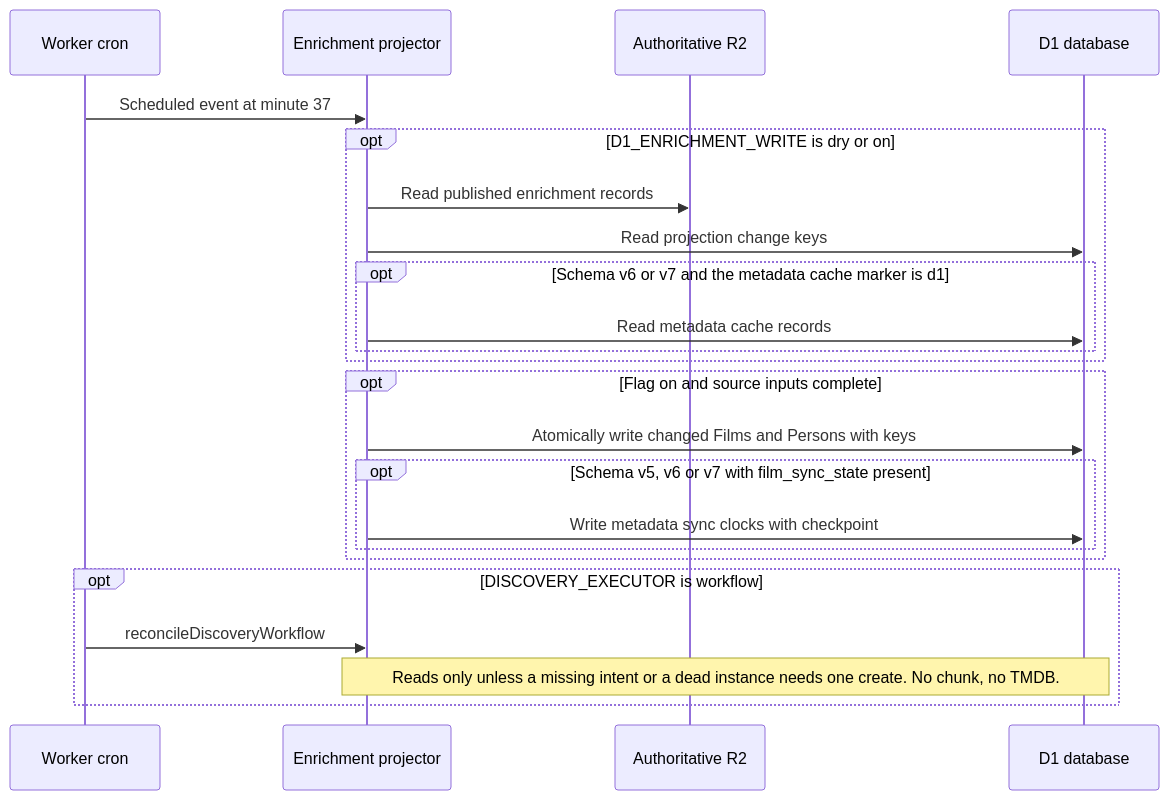
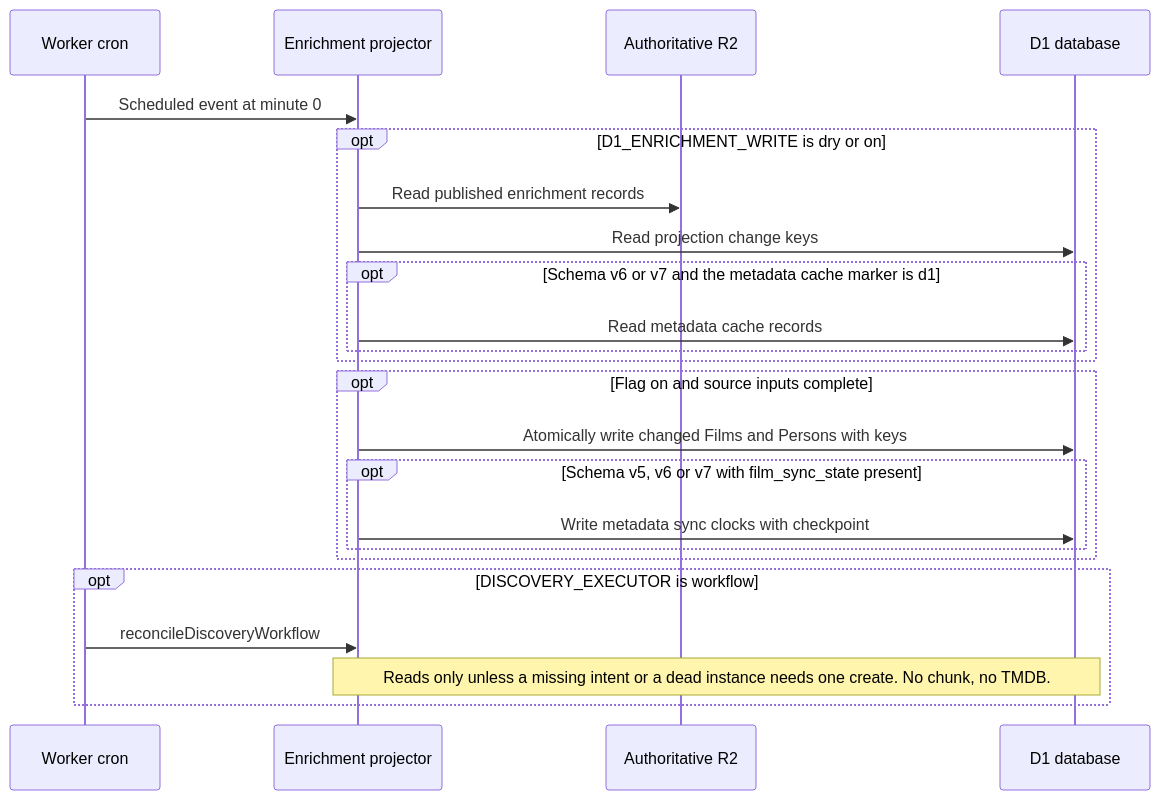
One commit to vladimino/iptv-watchlist changed the fourth of 8 diagrams in docs/architecture/scheduling-and-orchestration.md. Above: the diagram before and after it, drawn with Mermaid. The commit also changed other lines of this file and 8 other files, not shown here.

First line of the commit message:
AIR-348: move the single Worker cron to minute zero

````diff
--- a/docs/architecture/scheduling-and-orchestration.md
+++ b/docs/architecture/scheduling-and-orchestration.md
@@ -102,25 +102,25 @@
 ```mermaid
 sequenceDiagram
     participant Cron as Worker cron
     participant Worker as Enrichment projector
     participant R2 as Authoritative R2
     participant D1 as D1 database
-    Cron->>Worker: Scheduled event at minute 37
+    Cron->>Worker: Scheduled event at minute 0
     opt D1_ENRICHMENT_WRITE is dry or on
         Worker->>R2: Read published enrichment records
         Worker->>D1: Read projection change keys
         opt Schema v6 or v7 and the metadata cache marker is d1
             Worker->>D1: Read metadata cache records
         end
     end
     opt Flag on and source inputs complete
         Worker->>D1: Atomically write changed Films and Persons with keys
         opt Schema v5, v6 or v7 with film_sync_state present
             Worker->>D1: Write metadata sync clocks with checkpoint
         end
     end
     opt DISCOVERY_EXECUTOR is workflow
         Cron->>Worker: reconcileDiscoveryWorkflow
         Note over Worker,D1: Reads only unless a missing intent or a dead instance needs one create. No chunk, no TMDB.
     end
 ```
````
